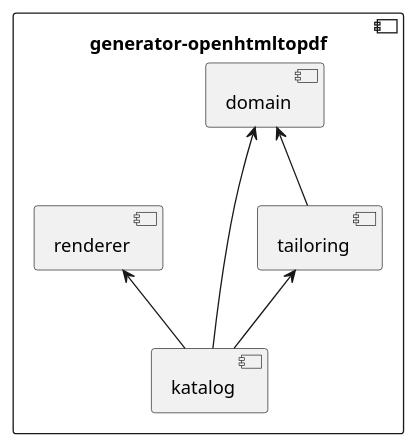
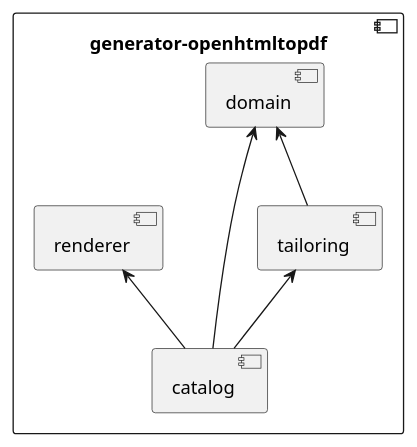
One commit to tailoringexpert/platform changed the diagram in src/site/arc42/plantuml/openhtmltopdf/Ebene2.plantuml. Above: the diagram before and after it, drawn with PlantUML. The commit also changed 391 other files, not shown here.

```diff
--- a/src/site/arc42/plantuml/openhtmltopdf/Ebene2.plantuml
+++ b/src/site/arc42/plantuml/openhtmltopdf/Ebene2.plantuml
@@ -1,22 +1,22 @@
 @startuml Ebene2.png
 
 skinparam componentStyle uml2
 'skinparam component {
 '  BorderColor #grey
 '  BackgroundColor #white
 '}
 component [generator-openhtmltopdf] {
     [domain]
 
     [renderer]
 
-    [katalog]
-    [domain] <-- [katalog]
-    [renderer] <-- [katalog]
-    [tailoring] <-- [katalog]
+    [catalog]
+    [domain] <-- [catalog]
+    [renderer] <-- [catalog]
+    [tailoring] <-- [catalog]
 
     [tailoring]
     [domain] <-- [tailoring]
 
 }
 @enduml
```
